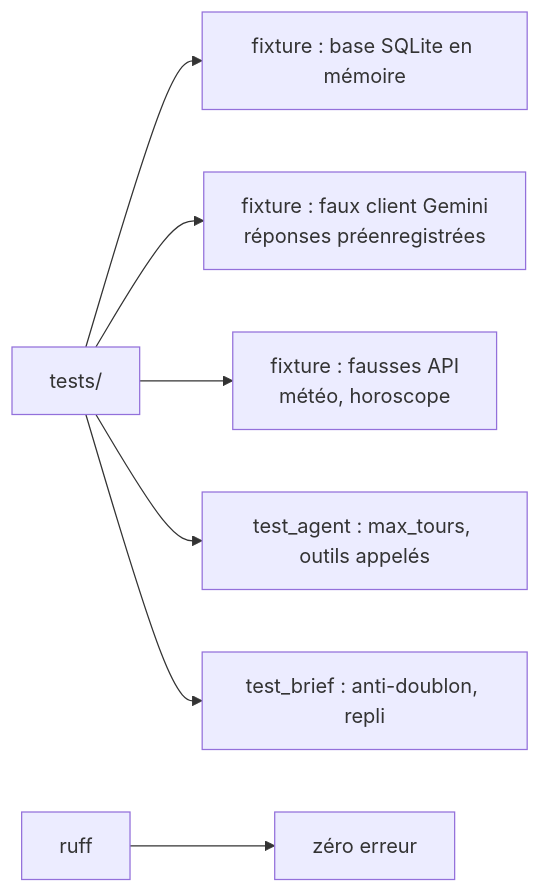
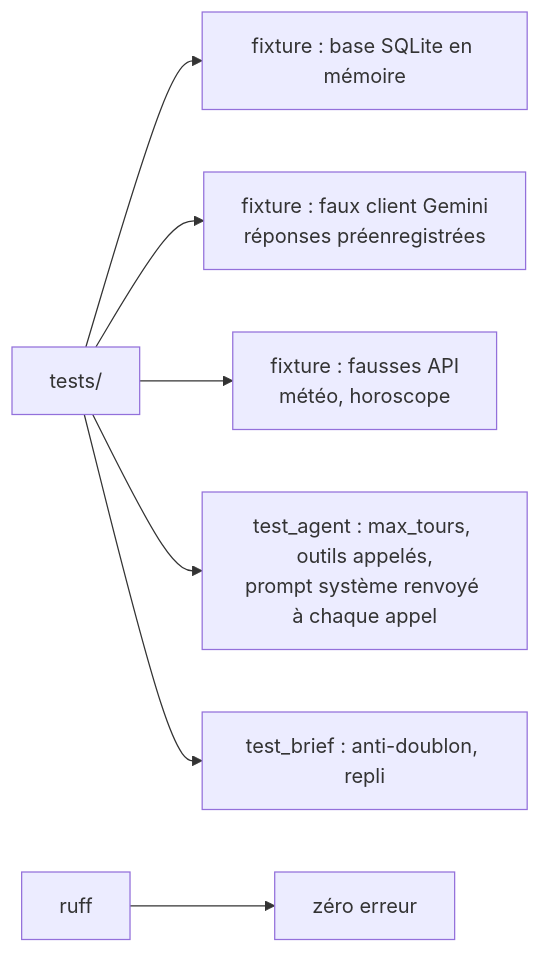
One commit to lecinquiemejour-code/goodvibe-tuto changed diagram 29 of 37 in tuto-goodvibe-vibecoding.md. Above: the diagram before and after it, drawn with Mermaid. The commit also changed other lines of this file, not shown here.

Commit message:
Le prompt système et les outils sont renvoyés à chaque appel, y compris après un outil

````diff
--- a/tuto-goodvibe-vibecoding.md
+++ b/tuto-goodvibe-vibecoding.md
@@ -1130,9 +1133,9 @@
 ```mermaid
 flowchart LR
     T["tests/"] --> F1["fixture : base SQLite en mémoire"]
     T --> F2["fixture : faux client Gemini<br/>réponses préenregistrées"]
     T --> F3["fixture : fausses API<br/>météo, horoscope"]
-    T --> X["test_agent : max_tours, outils appelés"]
+    T --> X["test_agent : max_tours, outils appelés,<br/>prompt système renvoyé à chaque appel"]
     T --> Y["test_brief : anti-doublon, repli"]
     R["ruff"] --> OK["zéro erreur"]
 ```
````
